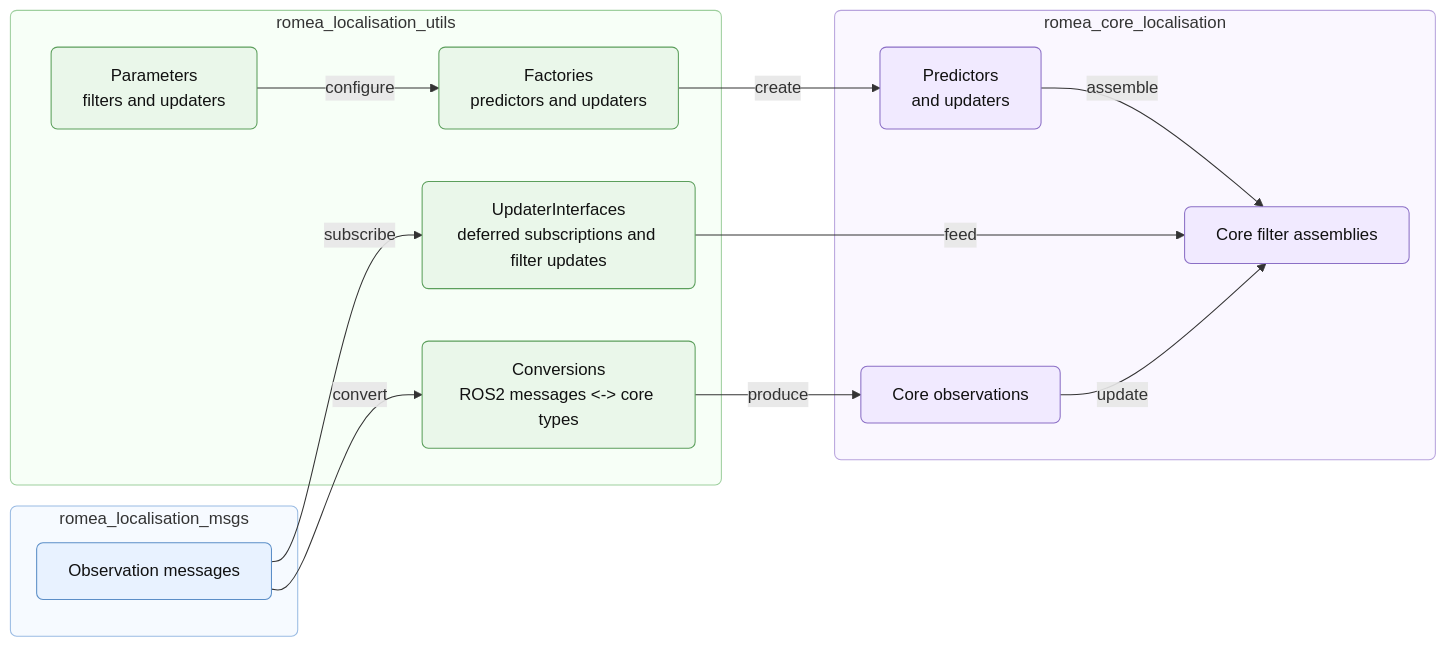
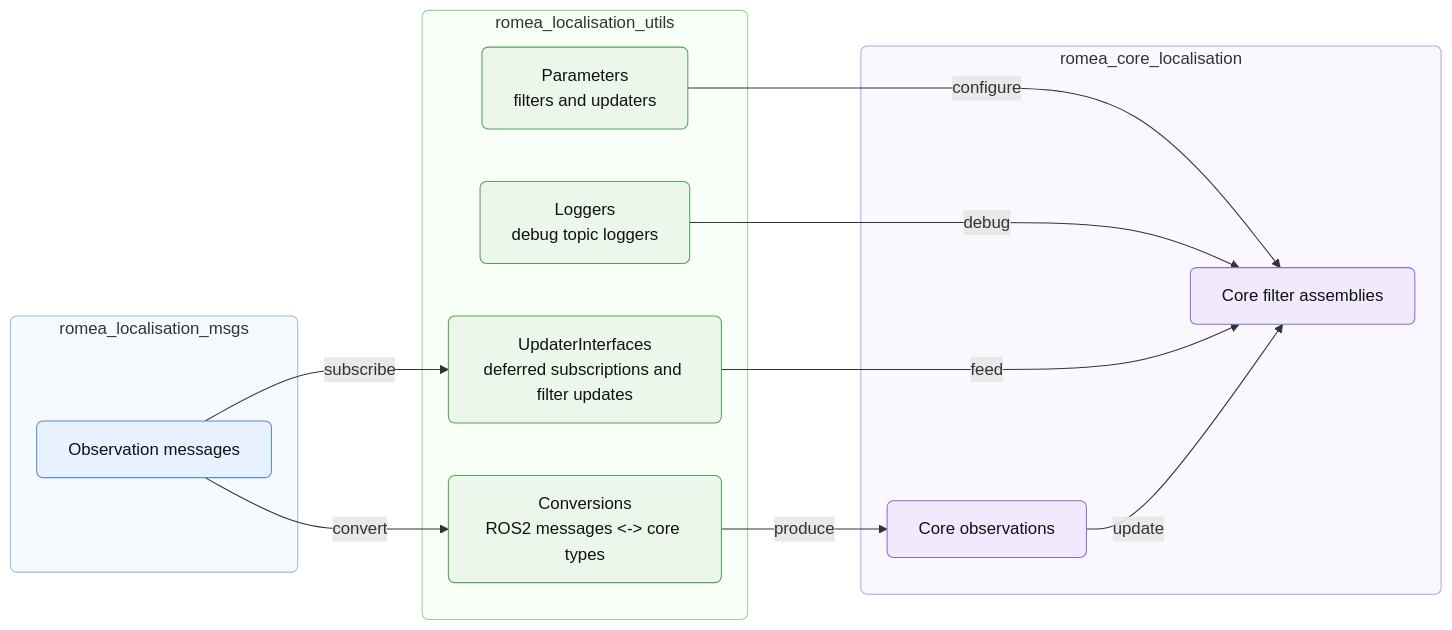
The diagram in README.md (Romea/romea-ros2-localisation-utils), drawn with Mermaid before and after one commit. The commit also changed other lines of this file and 5 other files, not shown here.

````diff
--- a/README.md
+++ b/README.md
@@ -16,40 +16,38 @@
 ```mermaid
 flowchart LR
   subgraph ros2_messages["romea_localisation_msgs"]
     msg["Observation messages"]
   end
 
   subgraph utils["romea_localisation_utils"]
     conversions["Conversions<br/>ROS2 messages <-> core types"]
     parameters["Parameters<br/>filters and updaters"]
-    factories["Factories<br/>predictors and updaters"]
+    loggers["Loggers<br/>debug topic loggers"]
     interfaces["UpdaterInterfaces<br/>deferred subscriptions and filter updates"]
   end
 
   subgraph core["romea_core_localisation"]
     observations["Core observations"]
-    predictors_and_updaters["Predictors<br/>and updaters"]
     filters["Core filter assemblies"]
   end
 
   msg -->|convert| conversions
   conversions -->|produce| observations
-  parameters -->|configure| factories
-  factories -->|create| predictors_and_updaters
-  predictors_and_updaters -->|assemble| filters
+  parameters -->|configure| filters
+  loggers -->|debug| filters
   msg -->|subscribe| interfaces
   interfaces -->|feed| filters
   observations -->|update| filters
 
   classDef ros2 fill:#e8f2ff,stroke:#5b8ec7,color:#111,rx:6,ry:6
   classDef utilsStyle fill:#eaf7ea,stroke:#5c9f5c,color:#111,rx:6,ry:6
   classDef coreStyle fill:#f1eaff,stroke:#8b6fc6,color:#111,rx:6,ry:6
 
   class msg ros2
-  class conversions,parameters,factories,interfaces utilsStyle
-  class observations,filters,predictors_and_updaters coreStyle
+  class conversions,parameters,loggers,interfaces utilsStyle
+  class observations,filters coreStyle
 
   style ros2_messages fill:#f6faff,stroke:#9abbe3,rx:6,ry:6
   style utils fill:#f7fff7,stroke:#9ecf9e,rx:6,ry:6
   style core fill:#faf7ff,stroke:#b8a4dd,rx:6,ry:6
 ```
````
